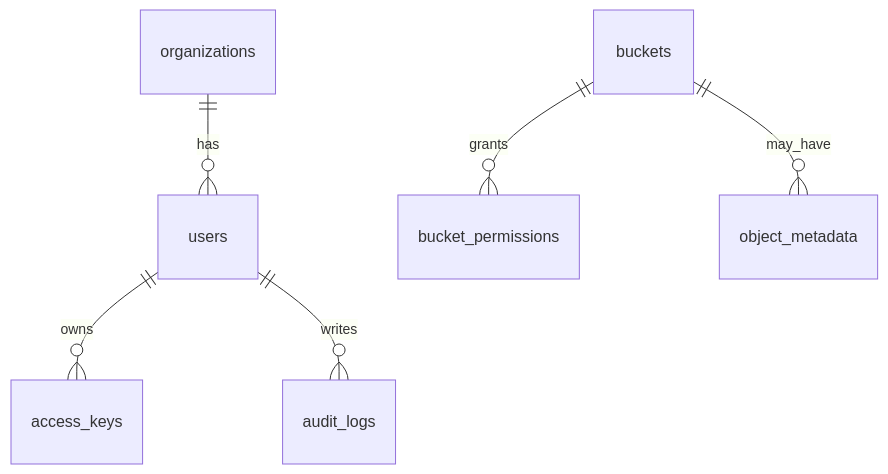
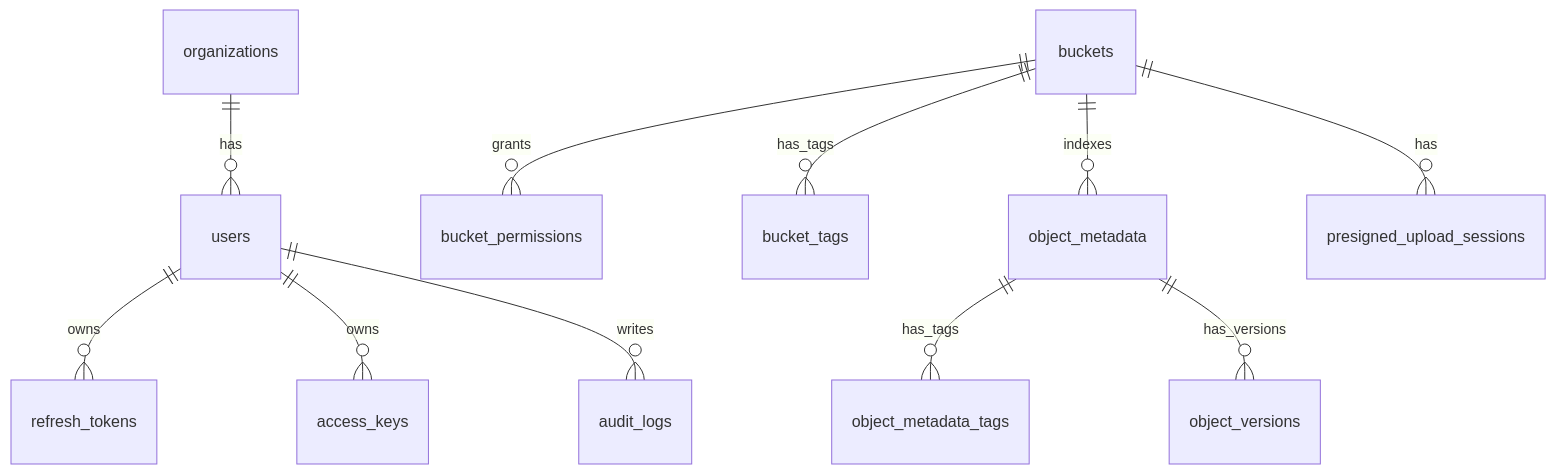
One commit to chefbeom/object-storage-osmu changed the diagram in dev-docs/database-design.md. Above: the diagram before and after it, drawn with Mermaid. The commit also changed other lines of this file and 401 other files, not shown here.

````diff
--- a/dev-docs/database-design.md
+++ b/dev-docs/database-design.md
@@ -259,8 +533,13 @@
 ```mermaid
 erDiagram
     organizations ||--o{ users : has
+    users ||--o{ refresh_tokens : owns
     users ||--o{ access_keys : owns
     buckets ||--o{ bucket_permissions : grants
-    buckets ||--o{ object_metadata : may_have
+    buckets ||--o{ bucket_tags : has_tags
+    buckets ||--o{ object_metadata : indexes
+    object_metadata ||--o{ object_metadata_tags : has_tags
+    object_metadata ||--o{ object_versions : has_versions
+    buckets ||--o{ presigned_upload_sessions : has
     users ||--o{ audit_logs : writes
 ```
````
